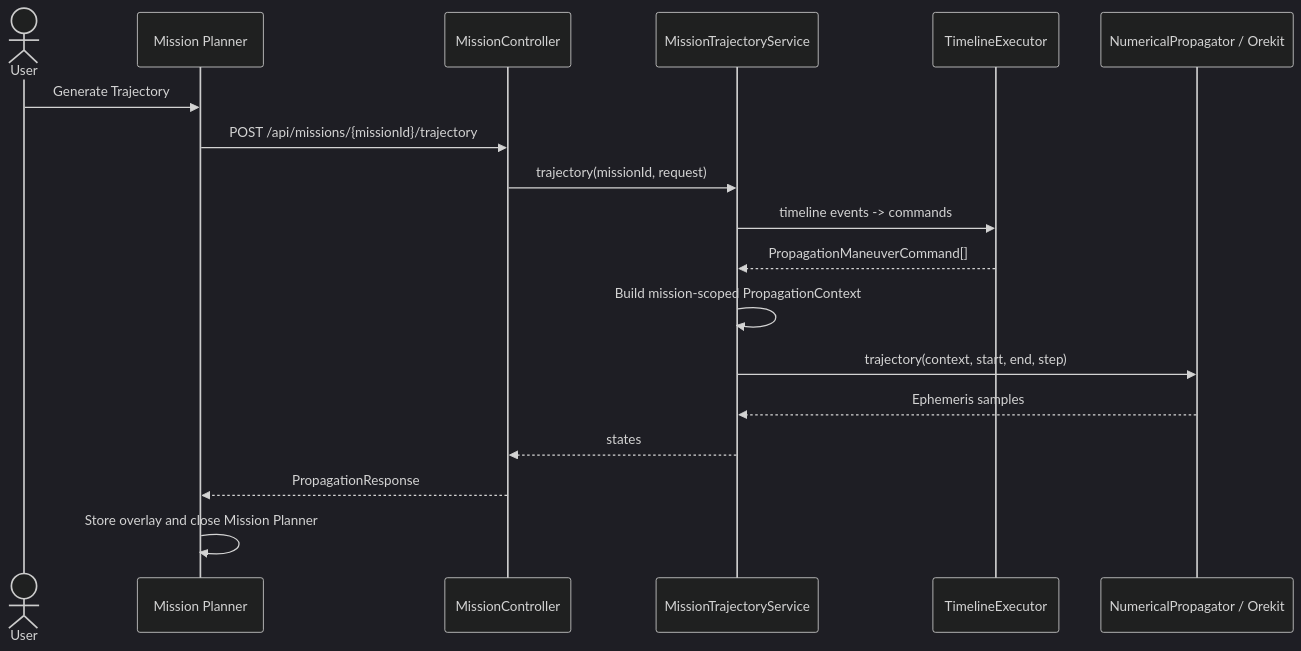
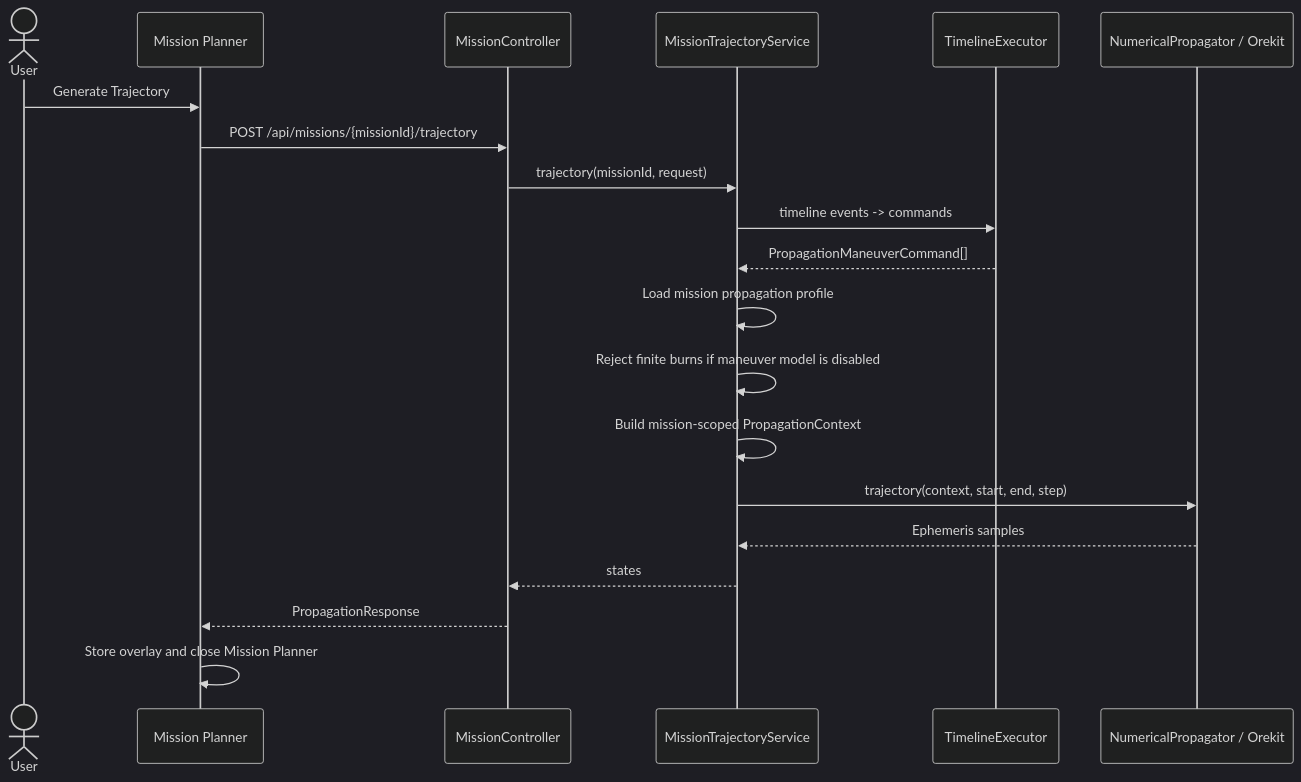
The seventh of 8 diagrams in README.md (MadhuSaini22/orbital-visualization-engine), drawn with Mermaid (dark theme) before and after one commit. The commit also changed other lines of this file and 16 other files, not shown here.

First line of the commit message:
feat(propagation): unify propagation profiles across orbit and mission lifecycle

````diff
--- a/README.md
+++ b/README.md
@@ -128,21 +194,23 @@
 ```mermaid
 sequenceDiagram
   actor User
   participant UI as Mission Planner
   participant API as MissionController
   participant Service as MissionTrajectoryService
   participant Executor as TimelineExecutor
   participant Orekit as NumericalPropagator / Orekit
 
   User->>UI: Generate Trajectory
   UI->>API: POST /api/missions/{missionId}/trajectory
   API->>Service: trajectory(missionId, request)
   Service->>Executor: timeline events -> commands
   Executor-->>Service: PropagationManeuverCommand[]
+  Service->>Service: Load mission propagation profile
+  Service->>Service: Reject finite burns if maneuver model is disabled
   Service->>Service: Build mission-scoped PropagationContext
   Service->>Orekit: trajectory(context, start, end, step)
   Orekit-->>Service: Ephemeris samples
   Service-->>API: states
   API-->>UI: PropagationResponse
   UI->>UI: Store overlay and close Mission Planner
 ```
````
